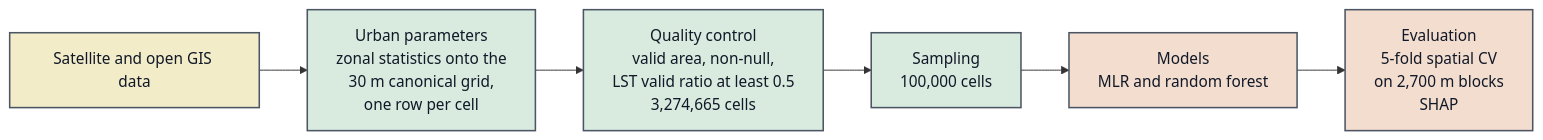
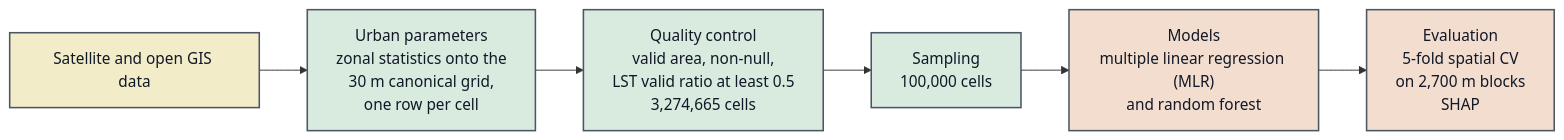
The diagram in docs/03_results/fig4_limited_workflow_poster.mmd (HitsujiNeko/MasterResearch), drawn with Mermaid before and after one commit. The commit also changed 1 other file, not shown here.

```diff
--- a/docs/03_results/fig4_limited_workflow_poster.mmd
+++ b/docs/03_results/fig4_limited_workflow_poster.mmd
@@ -1,20 +1,20 @@
 ---
 config:
   layout: fixed
 ---
 flowchart LR
     I["Satellite and open GIS data"] --> P["Urban parameters<br>zonal statistics onto the<br>30 m canonical grid,<br>one row per cell"]
     P --> Q["Quality control<br>valid area, non-null,<br>LST valid ratio at least 0.5<br>3,274,665 cells"]
     Q --> S["Sampling<br>100,000 cells"]
-    S --> M["Models<br>MLR and random forest"]
+    S --> M["Models<br>multiple linear regression (MLR)<br>and random forest"]
     M --> E["Evaluation<br>5-fold spatial CV<br>on 2,700 m blocks<br>SHAP"]
 
      I:::input
      P:::process
      Q:::process
      S:::process
      M:::result
      E:::result
     classDef input fill:#f3ecc9,stroke:#4b5563,stroke-width:1.6px,color:#111827
     classDef process fill:#d9eadf,stroke:#4b5563,stroke-width:1.6px,color:#111827
     classDef result fill:#f2ddcf,stroke:#4b5563,stroke-width:1.6px,color:#111827
```
